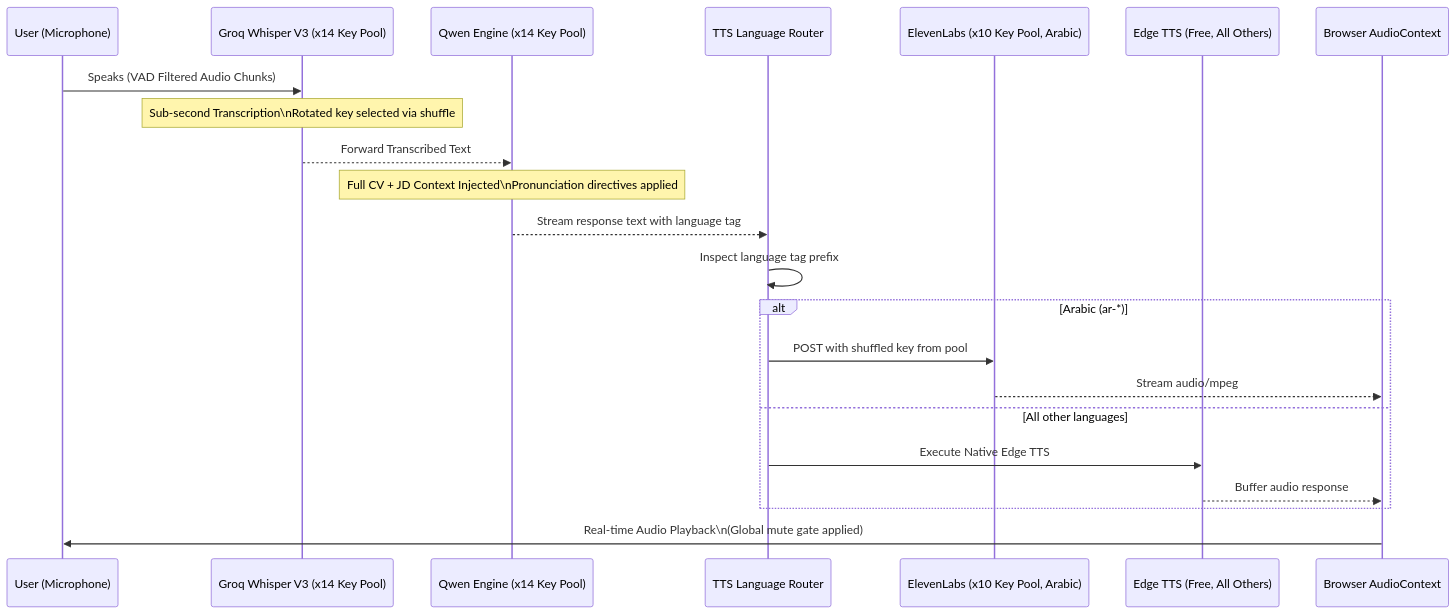
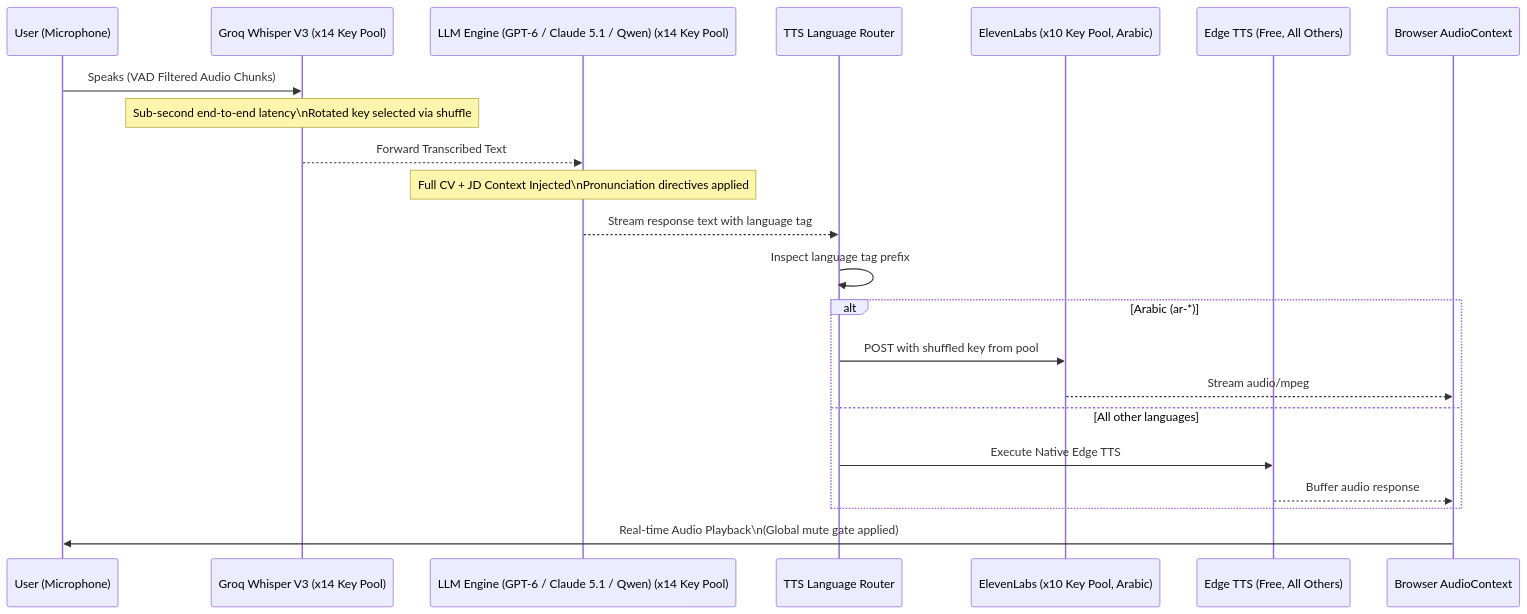
The eighth of 8 diagrams in README.md (ziademad02153/ZEDX-AI-Simulator), drawn with Mermaid before and after one commit. The commit also changed other lines of this file and 99 other files, not shown here.

````diff
--- a/README.md
+++ b/README.md
@@ -266,28 +266,28 @@
 ```mermaid
 sequenceDiagram
     participant USER as User (Microphone)
     participant STT as Groq Whisper V3 (x14 Key Pool)
-    participant LLM as Qwen Engine (x14 Key Pool)
+    participant LLM as LLM Engine (GPT-6 / Claude 5.1 / Qwen) (x14 Key Pool)
     participant ROUTER as TTS Language Router
     participant ELEVEN as ElevenLabs (x10 Key Pool, Arabic)
     participant EDGE as Edge TTS (Free, All Others)
     participant CTX as Browser AudioContext
     
     USER->>STT: Speaks (VAD Filtered Audio Chunks)
-    Note over STT: Sub-second Transcription\nRotated key selected via shuffle
+    Note over STT: Sub-second end-to-end latency\nRotated key selected via shuffle
     STT-->>LLM: Forward Transcribed Text
 
     Note over LLM: Full CV + JD Context Injected\nPronunciation directives applied
     LLM-->>ROUTER: Stream response text with language tag
 
     ROUTER->>ROUTER: Inspect language tag prefix
     alt Arabic (ar-*)
         ROUTER->>ELEVEN: POST with shuffled key from pool
         ELEVEN-->>CTX: Stream audio/mpeg
     else All other languages
         ROUTER->>EDGE: Execute Native Edge TTS
         EDGE-->>CTX: Buffer audio response
     end
 
     CTX->>USER: Real-time Audio Playback\n(Global mute gate applied)
 ```
````
